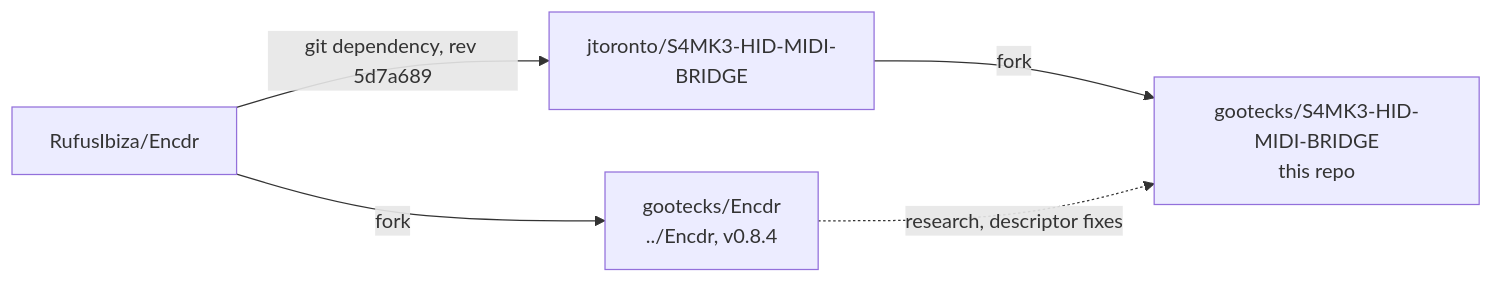
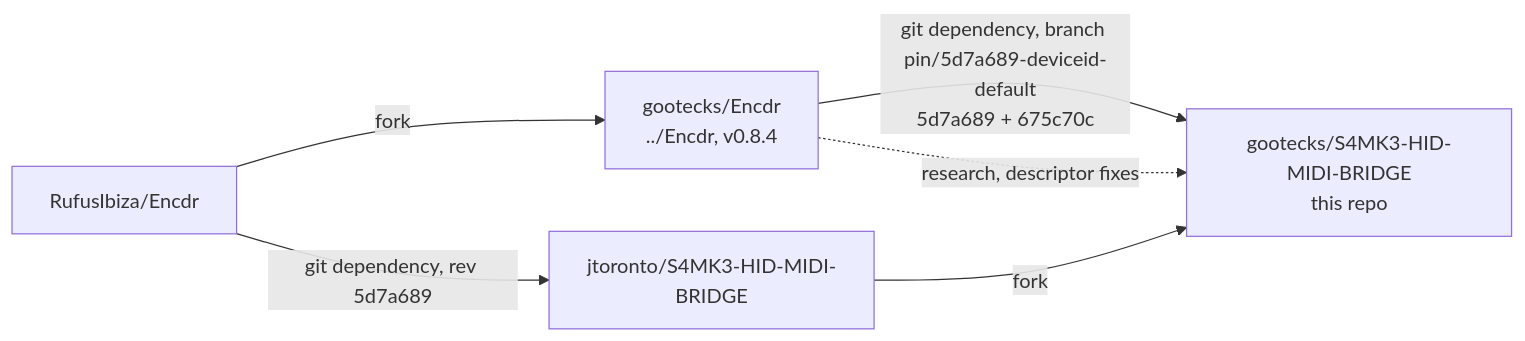
One commit to gootecks/S4MK3-HID-MIDI-BRIDGE changed the diagram in docs/s8/README.md. Above: the diagram before and after it, drawn with Mermaid. The commit also changed other lines of this file and 21 other files, not shown here.

````diff
--- a/docs/s8/README.md
+++ b/docs/s8/README.md
@@ -41,7 +41,8 @@
 ```mermaid
 flowchart LR
-  EU[RufusIbiza/Encdr] -->|git dependency, rev 5d7a689| BU[jtoronto/S4MK3-HID-MIDI-BRIDGE]
-  EU -->|fork| EF[gootecks/Encdr<br/>../Encdr, v0.8.4]
+  EU[RufusIbiza/Encdr] -->|fork| EF[gootecks/Encdr<br/>../Encdr, v0.8.4]
+  EF -->|git dependency, branch pin/5d7a689-deviceid-default<br/>5d7a689 + 675c70c| BF
+  EU -->|git dependency, rev 5d7a689| BU[jtoronto/S4MK3-HID-MIDI-BRIDGE]
   BU -->|fork| BF[gootecks/S4MK3-HID-MIDI-BRIDGE<br/>this repo]
   EF -.->|research, descriptor fixes| BF
 ```
````
